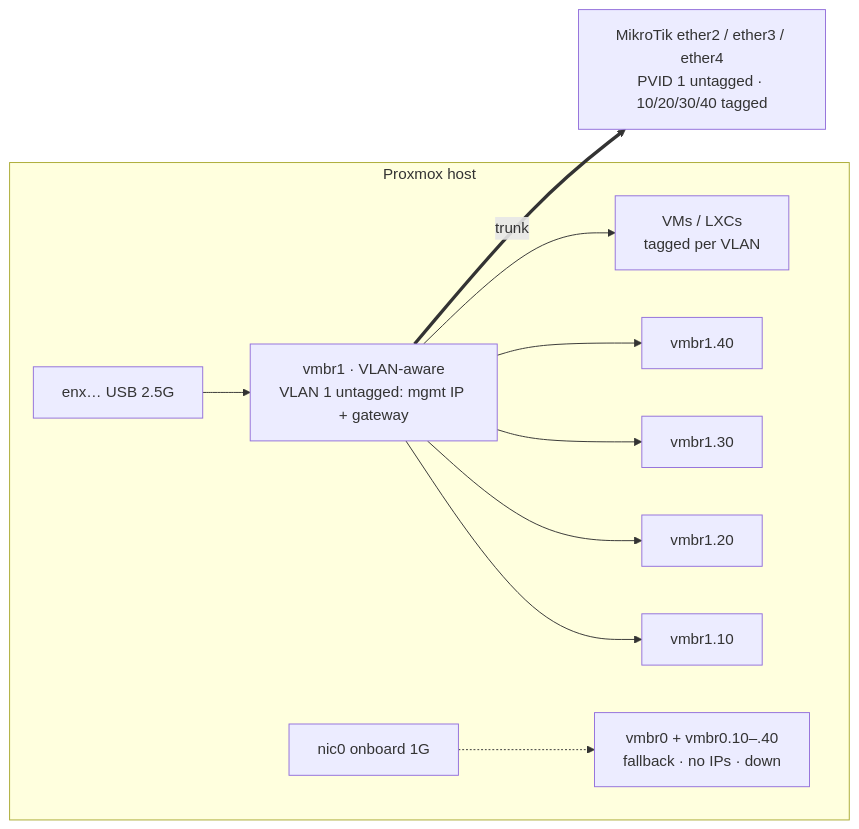
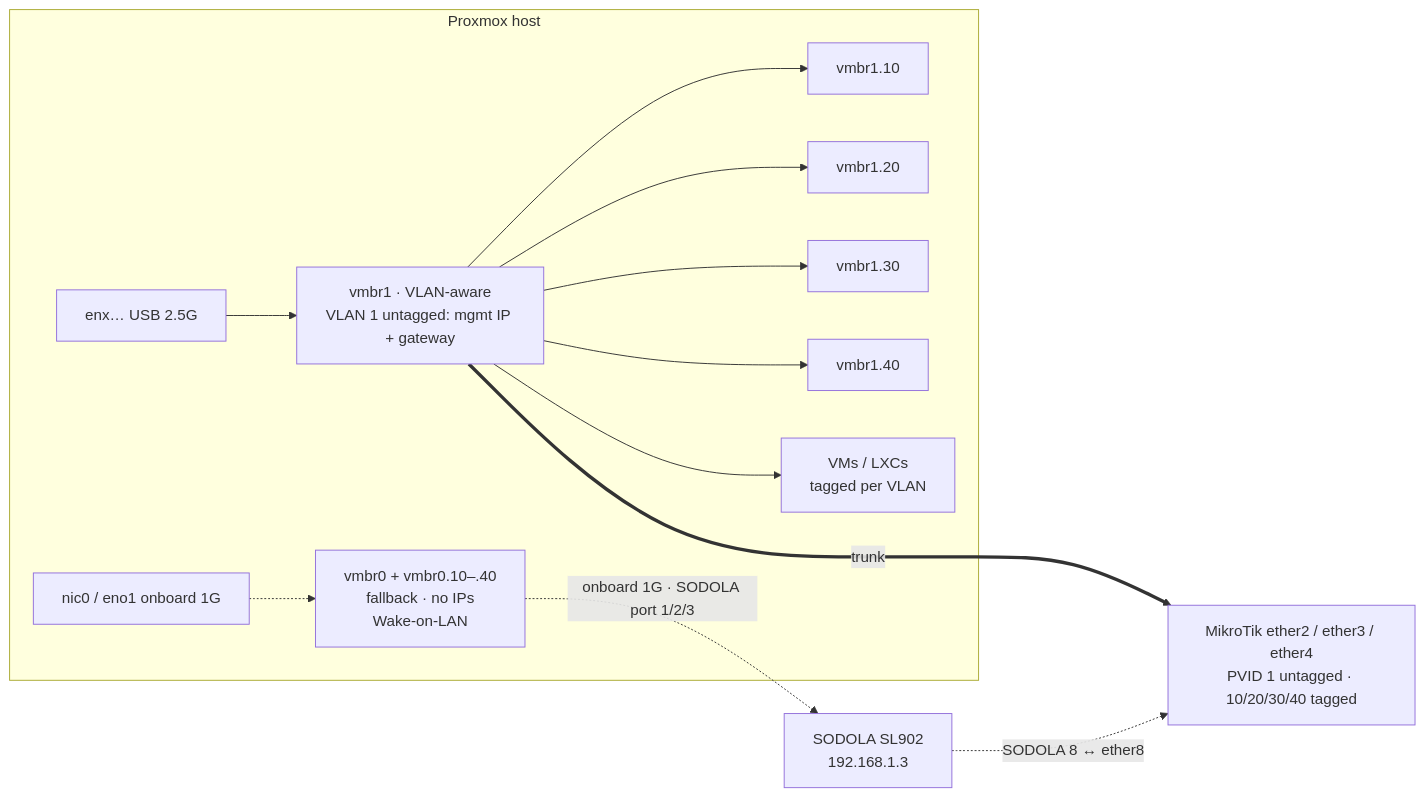
Before and after one commit to Cpinto0594/proxmox_scripts_tests: the first of 2 diagrams in dokploy/compose-files/projects/homelab/docs-zensical/docs/network/usb-2.5g-adapters.md, drawn with Mermaid. The commit also changed other lines of this file and 17 other files, not shown here.

````diff
--- a/dokploy/compose-files/projects/homelab/docs-zensical/docs/network/usb-2.5g-adapters.md
+++ b/dokploy/compose-files/projects/homelab/docs-zensical/docs/network/usb-2.5g-adapters.md
@@ -19,10 +19,12 @@
 ```mermaid
 flowchart LR
     subgraph host[Proxmox host]
         usb[enx… USB 2.5G] --> vmbr1["vmbr1 · VLAN-aware<br/>VLAN 1 untagged: mgmt IP + gateway"]
         vmbr1 --> v10[vmbr1.10] & v20[vmbr1.20] & v30[vmbr1.30] & v40[vmbr1.40]
         vmbr1 --> vms[VMs / LXCs<br/>tagged per VLAN]
-        nic0[nic0 onboard 1G] -.-> vmbr0["vmbr0 + vmbr0.10–.40<br/>fallback · no IPs · down"]
+        nic0[nic0 / eno1 onboard 1G] -.-> vmbr0["vmbr0 + vmbr0.10–.40<br/>fallback · no IPs<br/>Wake-on-LAN"]
     end
     vmbr1 == trunk ==> sw["MikroTik ether2 / ether3 / ether4<br/>PVID 1 untagged · 10/20/30/40 tagged"]
+    vmbr0 -. "onboard 1G · SODOLA port 1/2/3" .-> sodola["SODOLA SL902<br/>192.168.1.3"]
+    sodola -. "SODOLA 8 ↔ ether8" .-> sw
 ```
````
